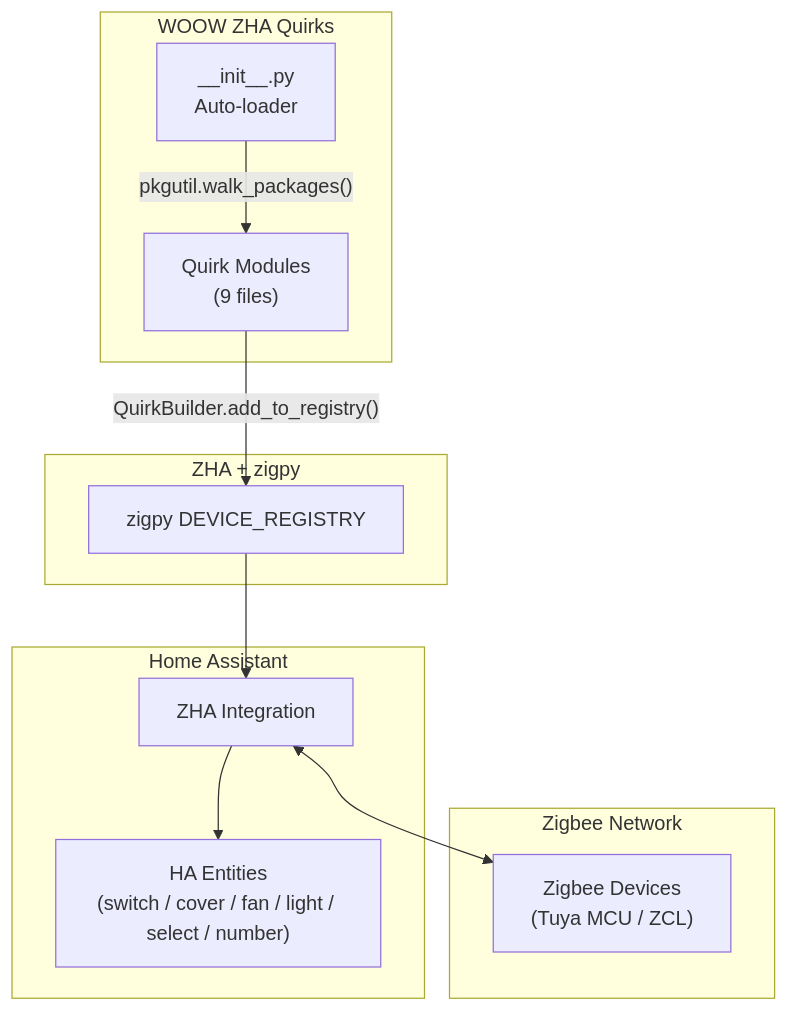
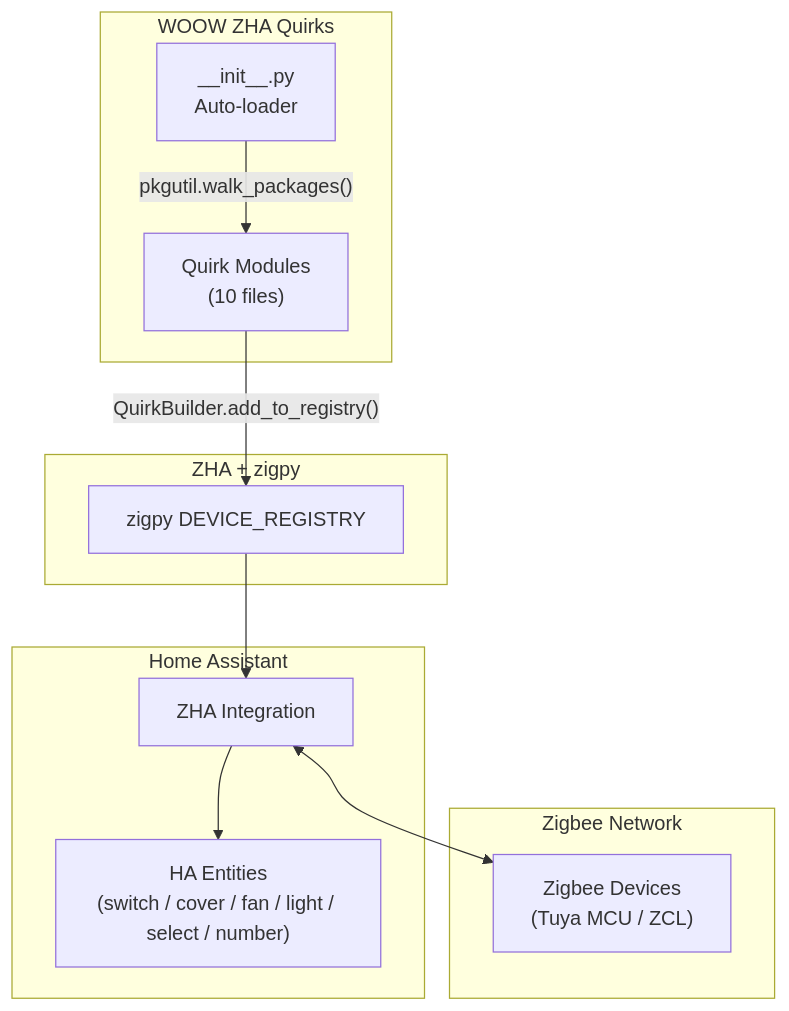
The diagram in README.md (WOOWTECH/Woow_ha_zha_quirk_component), drawn with Mermaid before and after one commit. The commit also changed other lines of this file, not shown here.

````diff
--- a/README.md
+++ b/README.md
@@ -226,26 +250,26 @@
 ```mermaid
 graph TB
     subgraph "Home Assistant"
         HA_ZHA[ZHA Integration]
         HA_ENTITIES["HA Entities<br/>(switch / cover / fan / light / select / number)"]
     end
 
     subgraph "WOOW ZHA Quirks"
         INIT["__init__.py<br/>Auto-loader"]
-        QUIRKS["Quirk Modules<br/>(9 files)"]
+        QUIRKS["Quirk Modules<br/>(10 files)"]
     end
 
     subgraph "ZHA + zigpy"
         ZIGPY_REG["zigpy DEVICE_REGISTRY"]
     end
 
     subgraph "Zigbee Network"
         DEVICES["Zigbee Devices<br/>(Tuya MCU / ZCL)"]
     end
 
     HA_ZHA --> HA_ENTITIES
     INIT -->|"pkgutil.walk_packages()"| QUIRKS
     QUIRKS -->|"QuirkBuilder.add_to_registry()"| ZIGPY_REG
     ZIGPY_REG --> HA_ZHA
     HA_ZHA <--> DEVICES
 ```
````
